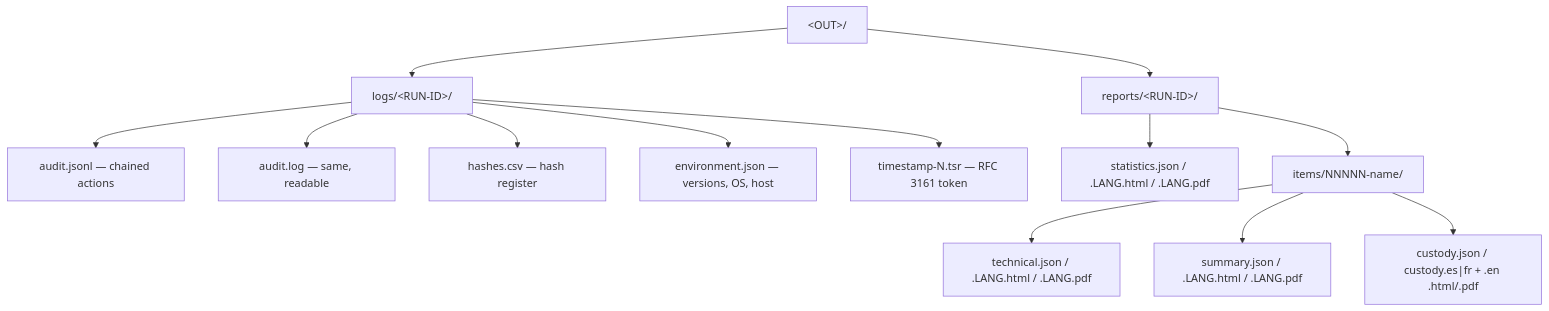
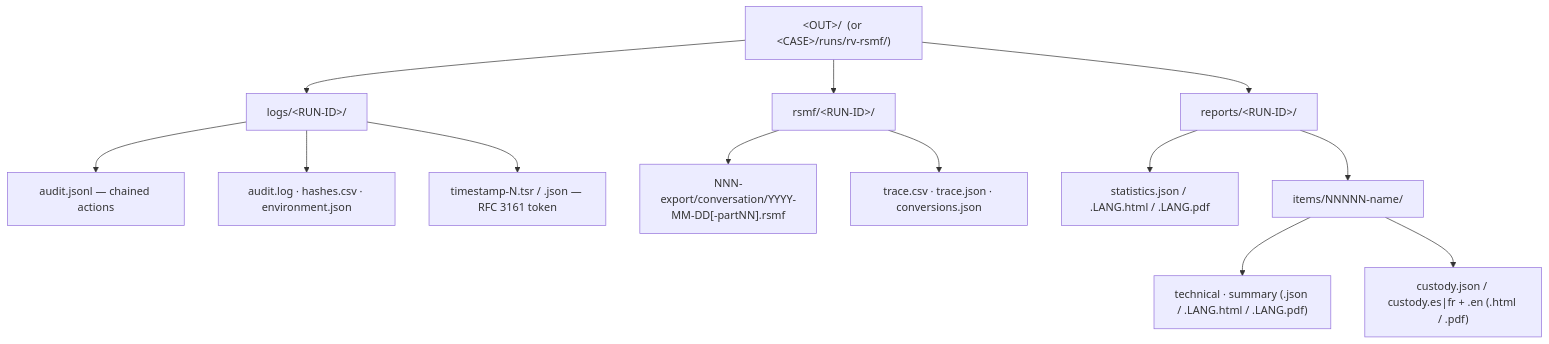
The second of 2 diagrams in README.md (Panacota96/rv-rsmf), drawn with Mermaid before and after one commit. The commit also changed other lines of this file and 12 other files, not shown here.

````diff
--- a/README.md
+++ b/README.md
@@ -88,15 +125,15 @@
 ```mermaid
 flowchart TB
-    OUT["&lt;OUT&gt;/"] --> LOGS["logs/&lt;RUN-ID&gt;/"]
+    OUT["&lt;OUT&gt;/  (or &lt;CASE&gt;/runs/rv-rsmf/)"] --> LOGS["logs/&lt;RUN-ID&gt;/"]
     OUT --> REP["reports/&lt;RUN-ID&gt;/"]
+    OUT --> RS["rsmf/&lt;RUN-ID&gt;/"]
     LOGS --> L1["audit.jsonl — chained actions"]
-    LOGS --> L2["audit.log — same, readable"]
-    LOGS --> L3["hashes.csv — hash register"]
-    LOGS --> L4["environment.json — versions, OS, host"]
+    LOGS --> L2["audit.log · hashes.csv · environment.json"]
+    LOGS --> L5["timestamp-N.tsr / .json — RFC 3161 token"]
+    RS --> X["NNN-export/conversation/YYYY-MM-DD[-partNN].rsmf"]
+    RS --> TR["trace.csv · trace.json · conversions.json"]
     REP --> R1["statistics.json / .LANG.html / .LANG.pdf"]
     REP --> IT["items/NNNNN-name/"]
-    IT --> T["technical.json / .LANG.html / .LANG.pdf"]
-    IT --> S["summary.json / .LANG.html / .LANG.pdf"]
-    IT --> K["custody.json / custody.es|fr + .en .html/.pdf"]
-    LOGS --> L5["timestamp-N.tsr — RFC 3161 token"]
+    IT --> T["technical · summary (.json / .LANG.html / .LANG.pdf)"]
+    IT --> K["custody.json / custody.es|fr + .en (.html / .pdf)"]
 ```
````
